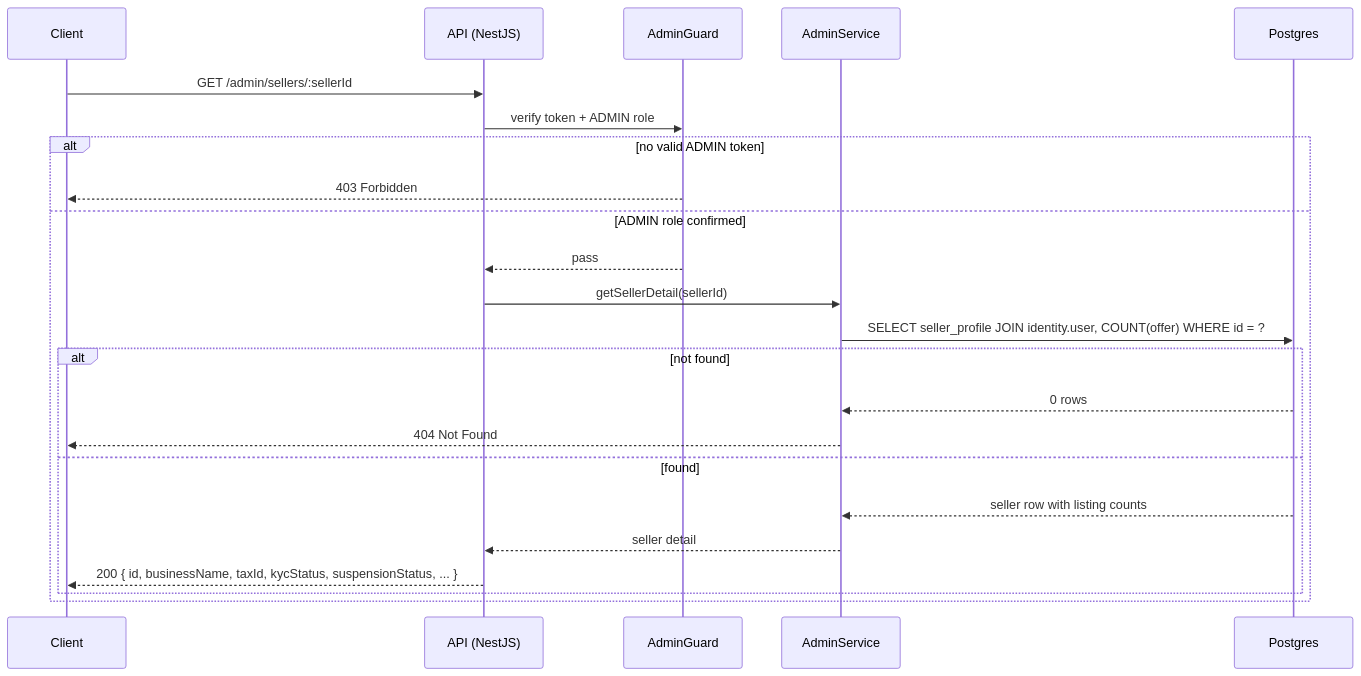
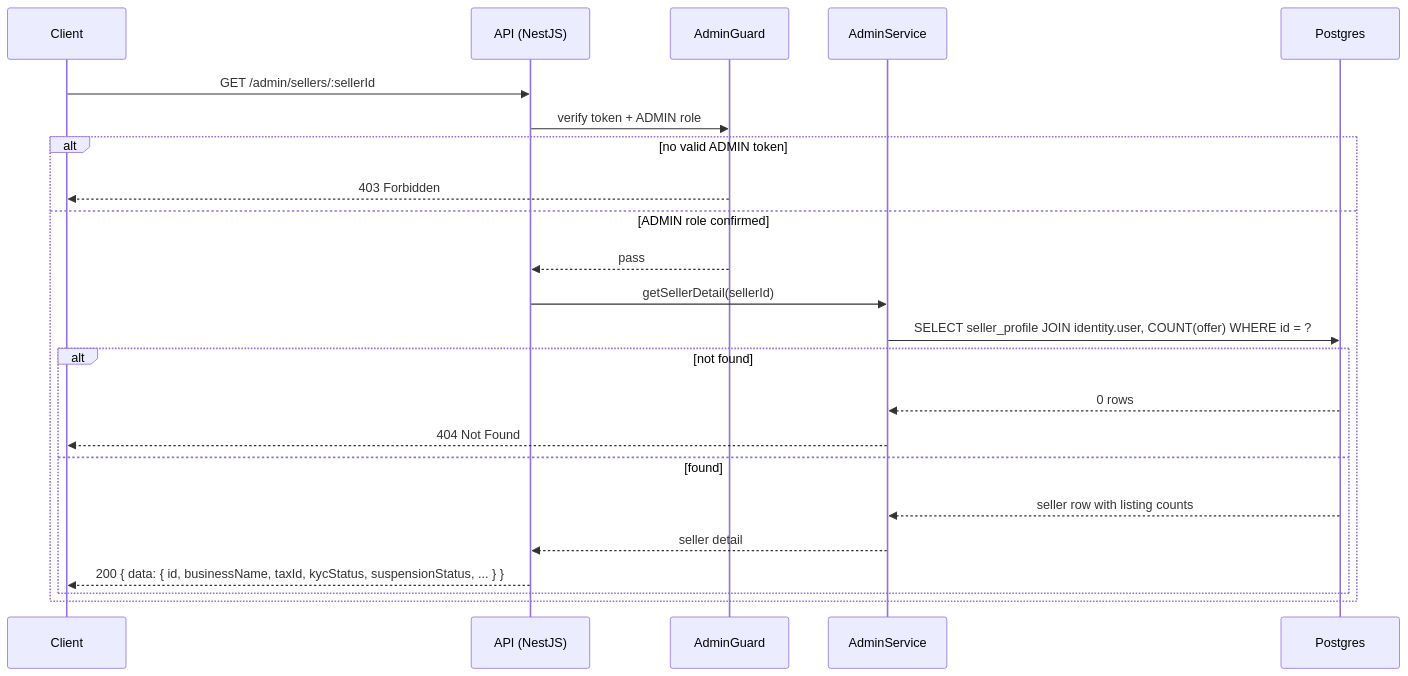
The fifth of 12 diagrams in phase-1/technical-design/api-design/admin.md (alisa-uthi/aliceut-ecom-document), drawn with Mermaid before and after one commit. The commit also changed other lines of this file and 22 other files, not shown here.

````diff
--- a/phase-1/technical-design/api-design/admin.md
+++ b/phase-1/technical-design/api-design/admin.md
@@ -290,26 +294,26 @@
 ```mermaid
 sequenceDiagram
     participant C as Client
     participant API as API (NestJS)
     participant G as AdminGuard
     participant S as AdminService
     participant PG as Postgres
 
     C->>API: GET /admin/sellers/:sellerId
     API->>G: verify token + ADMIN role
     alt no valid ADMIN token
         G-->>C: 403 Forbidden
     else ADMIN role confirmed
         G-->>API: pass
         API->>S: getSellerDetail(sellerId)
         S->>PG: SELECT seller_profile JOIN identity.user, COUNT(offer) WHERE id = ?
         alt not found
             PG-->>S: 0 rows
             S-->>C: 404 Not Found
         else found
             PG-->>S: seller row with listing counts
             S-->>API: seller detail
-            API-->>C: 200 { id, businessName, taxId, kycStatus, suspensionStatus, ... }
+            API-->>C: 200 { data: { id, businessName, taxId, kycStatus, suspensionStatus, ... } }
         end
     end
 ```
````
